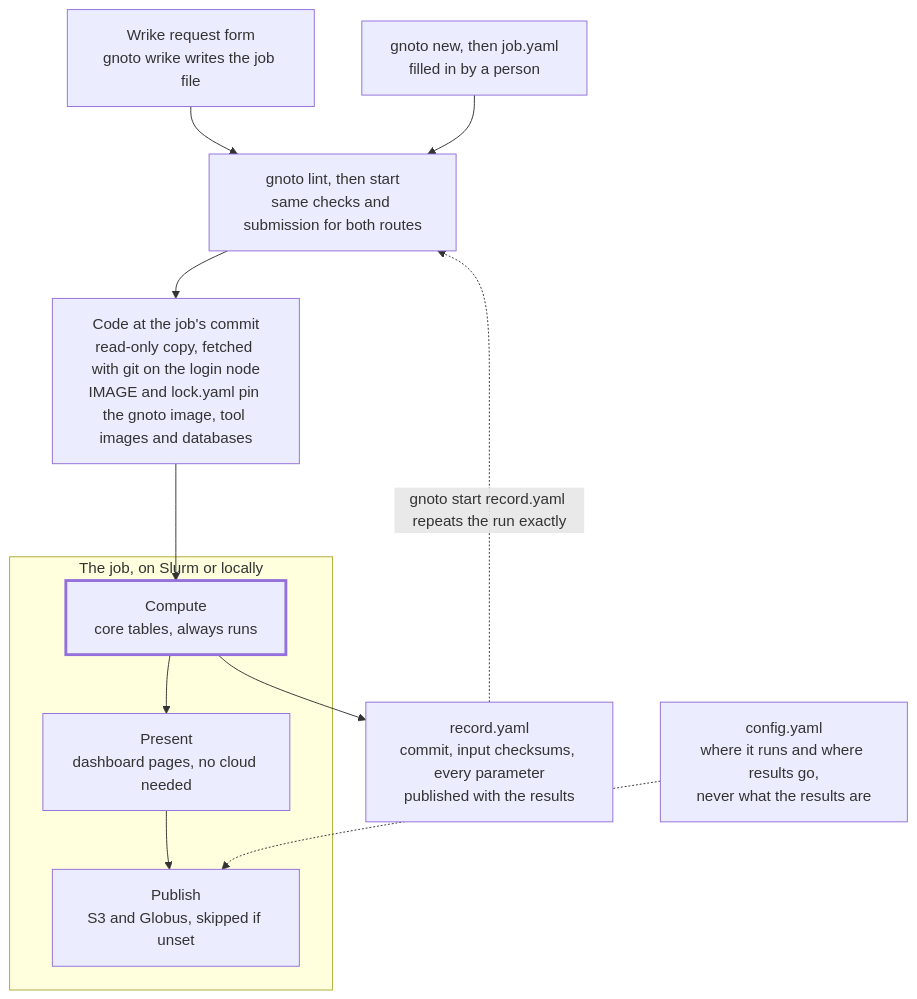
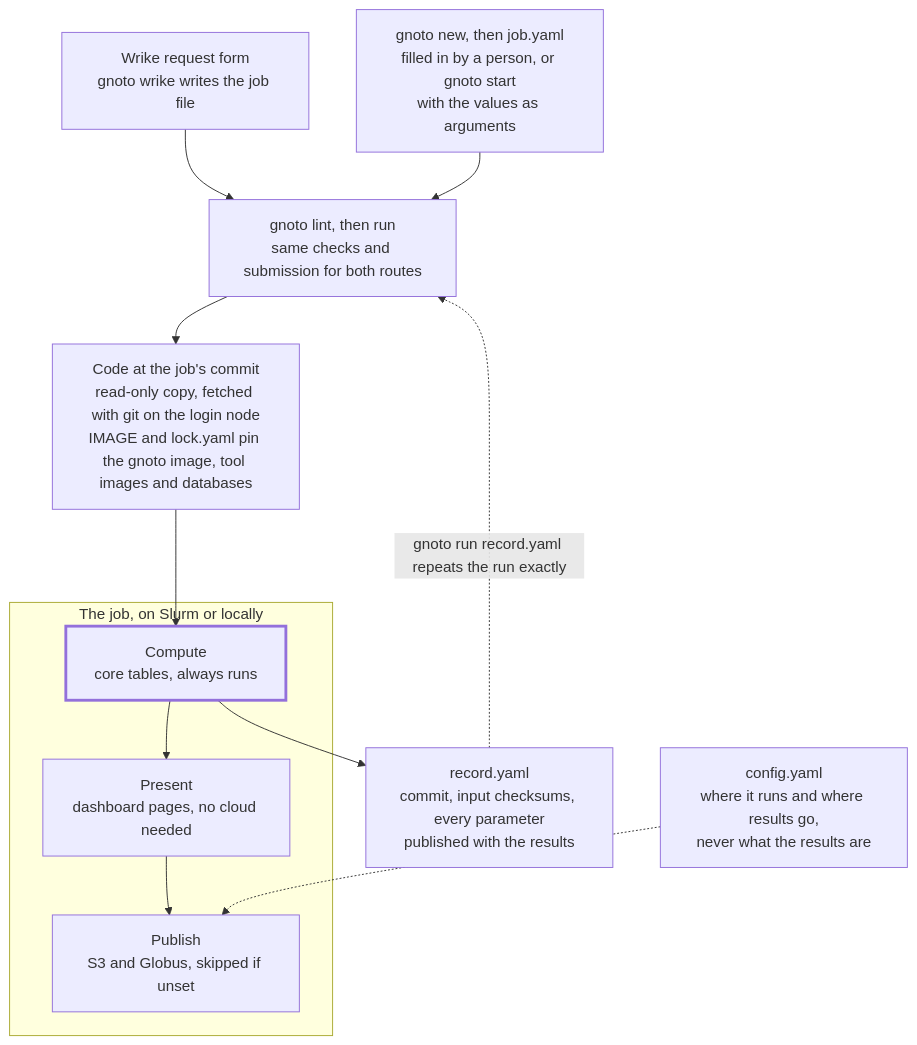
Before and after one commit to cmmr/gnoto: the first of 2 diagrams in docs/design.md, drawn with Mermaid. The commit also changed other lines of this file and 21 other files, not shown here.

First line of the commit message:
Take values as arguments: gnoto run, new, start and config

````diff
--- a/docs/design.md
+++ b/docs/design.md
@@ -41,15 +43,15 @@
 ```mermaid
 flowchart TD
     form["Wrike request form<br/>gnoto wrike writes the job file"] --> start
-    new["gnoto new, then job.yaml<br/>filled in by a person"] --> start
-    start["gnoto lint, then start<br/>same checks and submission for both routes"] --> code
+    new["gnoto new, then job.yaml<br/>filled in by a person, or gnoto start<br/>with the values as arguments"] --> start
+    start["gnoto lint, then run<br/>same checks and submission for both routes"] --> code
     code["Code at the job's commit<br/>read-only copy, fetched with git on the login node<br/>IMAGE and lock.yaml pin the gnoto image, tool images and databases"] --> compute
     subgraph job["The job, on Slurm or locally"]
         compute["Compute<br/>core tables, always runs"] --> present["Present<br/>dashboard pages, no cloud needed"]
         present --> publish["Publish<br/>S3 and Globus, skipped if unset"]
     end
     compute --> record["record.yaml<br/>commit, input checksums, every parameter<br/>published with the results"]
-    record -. "gnoto start record.yaml repeats the run exactly" .-> start
+    record -. "gnoto run record.yaml repeats the run exactly" .-> start
     config["config.yaml<br/>where it runs and where results go,<br/>never what the results are"] -.-> publish
     style compute stroke-width:3px
 ```
````
